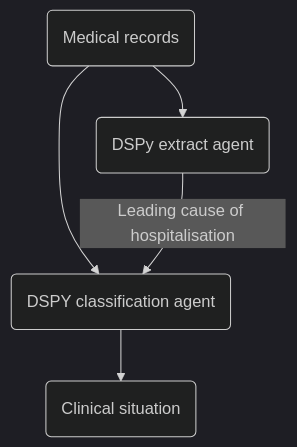
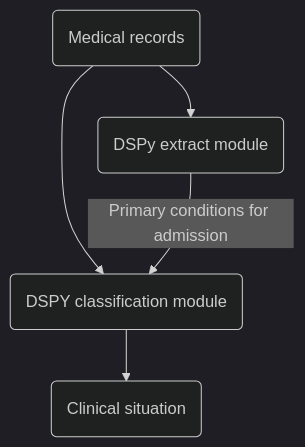
One commit to basilefuchs/clinical_situation changed the diagram in README.md. Above: the diagram before and after it, drawn with Mermaid (dark theme).

Commit message:
fix(Readme): modify flowchart

````diff
--- a/README.md
+++ b/README.md
@@ -6,12 +6,12 @@
 ```mermaid
 flowchart TB
 
 mr("Medical records")
-ea("DSPy extract agent")
-ca("DSPY classification agent")
+ea("DSPy extract module")
+ca("DSPY classification module")
 cs("Clinical situation")
 
 mr --> ea & ca
-ea --"Leading cause of hospitalisation"--> ca
+ea --"Primary conditions for admission"--> ca
 ca --> cs
 ```
````
